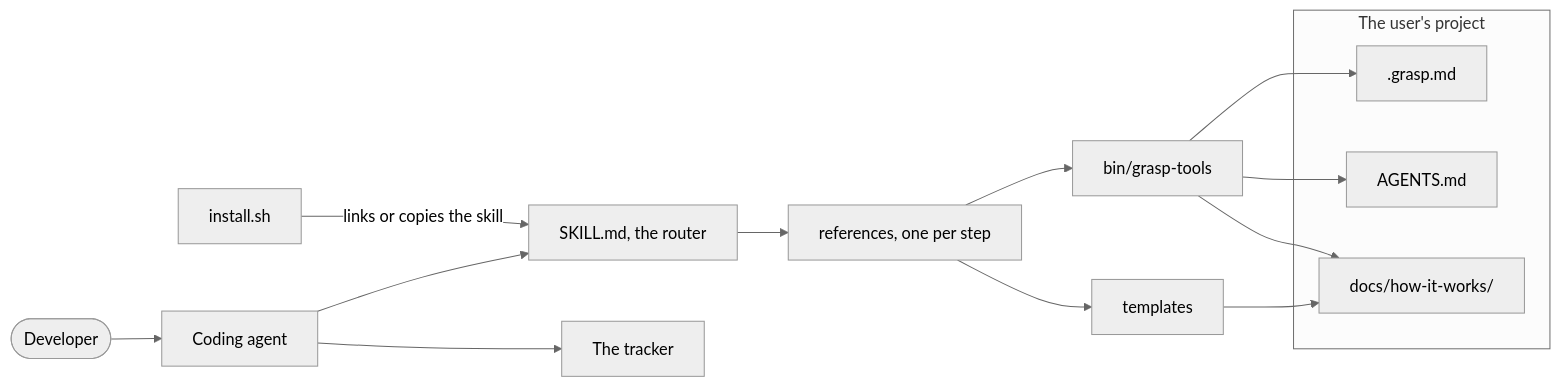
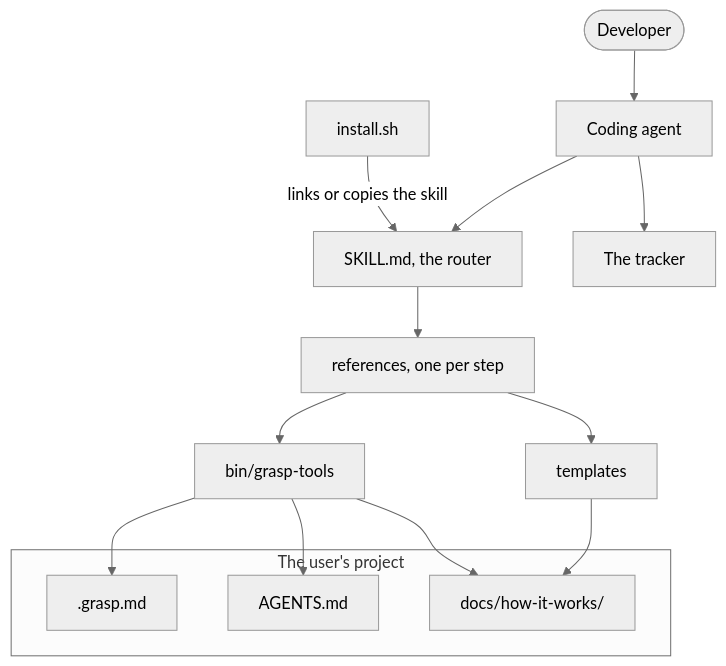
Before and after one commit to junrillg/grasp: the second of 3 diagrams in docs/how-it-works/app-map.md, drawn with Mermaid (neutral theme). The commit also changed other lines of this file and 52 other files, not shown here.

````diff
--- a/docs/how-it-works/app-map.md
+++ b/docs/how-it-works/app-map.md
@@ -68,19 +123,19 @@
 ```mermaid
-flowchart LR
+flowchart TB
   dev(["Developer"]) --> agent["Coding agent"]
   inst["install.sh"] -->|"links or copies the skill"| skill["SKILL.md, the router"]
   agent --> skill
   skill --> refs["references, one per step"]
   refs --> tpl["templates"]
   refs --> tools["bin/grasp-tools"]
   agent --> tracker["The tracker"]
   subgraph proj["The user's project"]
     cfg[".grasp.md"]
     ag["AGENTS.md"]
     nb["docs/how-it-works/"]
   end
   tools --> cfg
   tools --> ag
   tools --> nb
   tpl --> nb
 ```
````
